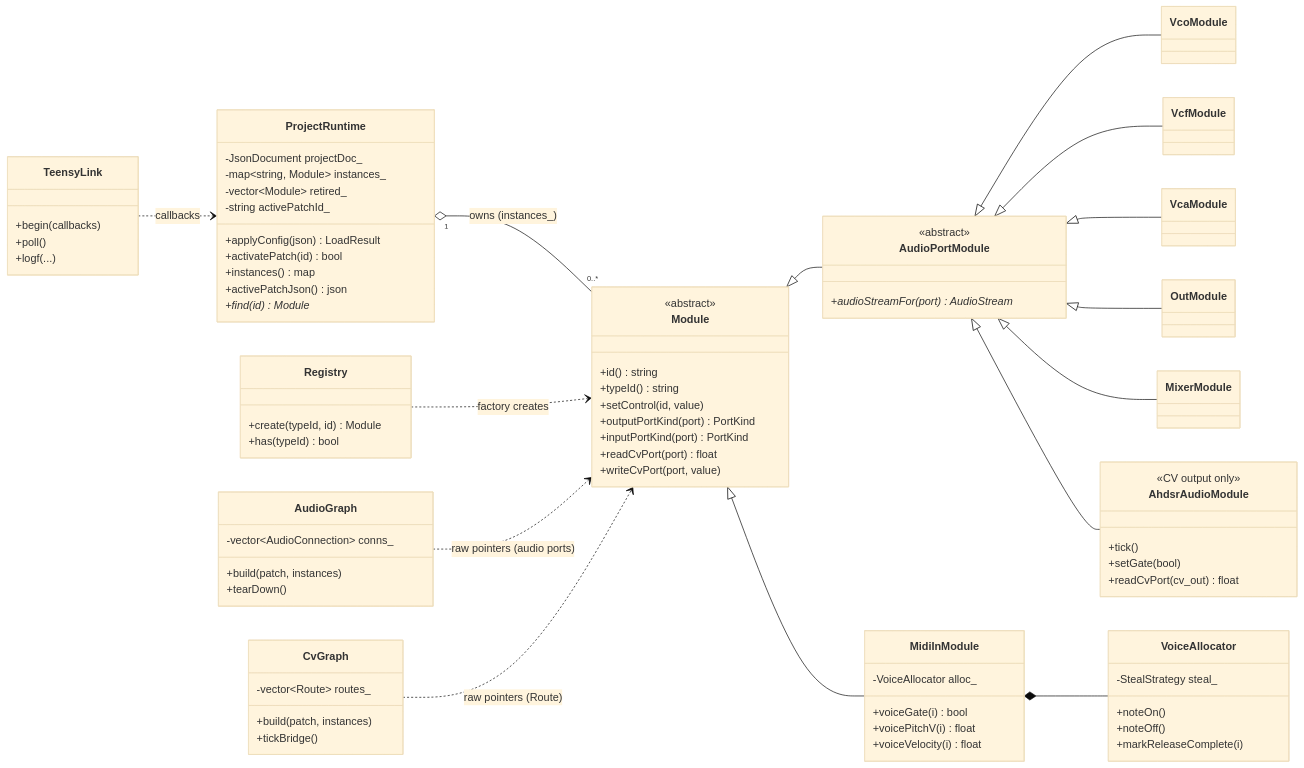
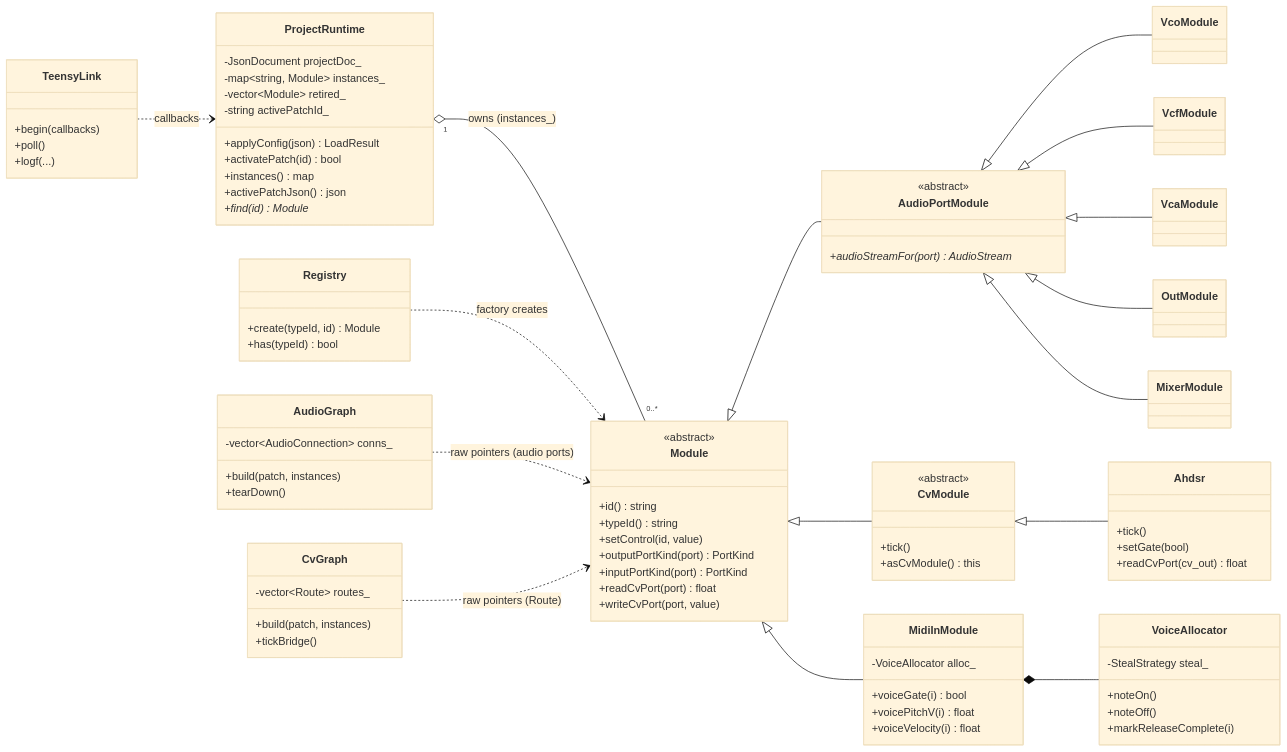
The first of 3 diagrams in doc/uml/07-modular-brain-runtime.md (MarkWestbroek/MusicBrain), drawn with Mermaid (base theme) before and after one commit. The commit also changed other lines of this file and 10 other files, not shown here.

```diff
--- a/doc/uml/07-modular-brain-runtime.md
+++ b/doc/uml/07-modular-brain-runtime.md
@@ -66,8 +66,12 @@
         <<abstract>>
         +audioStreamFor(port) AudioStream*
     }
-    class AhdsrAudioModule {
-        <<CV output only>>
+    class CvModule {
+        <<abstract>>
+        +tick()
+        +asCvModule() this
+    }
+    class Ahdsr {
         +tick()
         +setGate(bool)
         +readCvPort(cv_out) float
@@ -95,7 +99,8 @@
     AudioPortModule <|-- VcaModule
     AudioPortModule <|-- OutModule
     AudioPortModule <|-- MixerModule
-    AudioPortModule <|-- AhdsrAudioModule
+    Module <|-- CvModule
+    CvModule <|-- Ahdsr
     Module <|-- MidiInModule
     MidiInModule *-- VoiceAllocator
 
```
